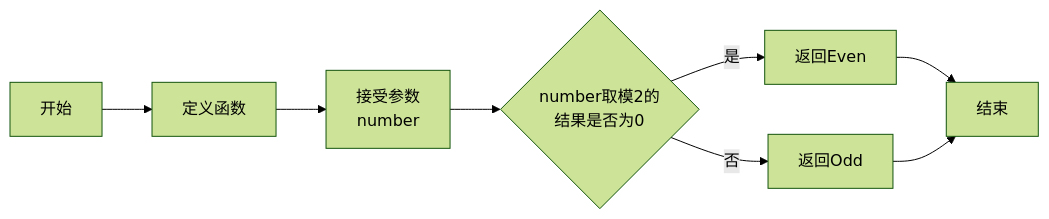
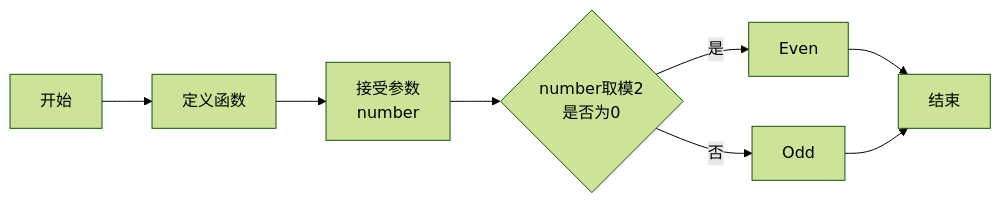
Before and after one commit to RonaWhite/python: the third of 3 diagrams in experiment2.md, drawn with Mermaid (forest theme).

````diff
--- a/experiment2.md
+++ b/experiment2.md
@@ -519,12 +519,12 @@
 ```mermaid
 flowchart LR
     A[开始] --> B[定义函数]
     B --> C[接受参数
     number]
-    C --> D{number取模2的
-    结果是否为0}
-    D --> |是| E[返回Even]
-    D --> |否| F[返回Odd]
+    C --> D{number取模2
+    是否为0}
+    D --> |是| E[Even]
+    D --> |否| F[Odd]
     E --> G[结束]
     F --> G
 ```
````
